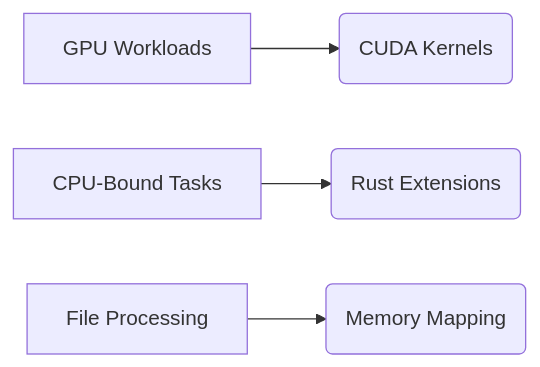
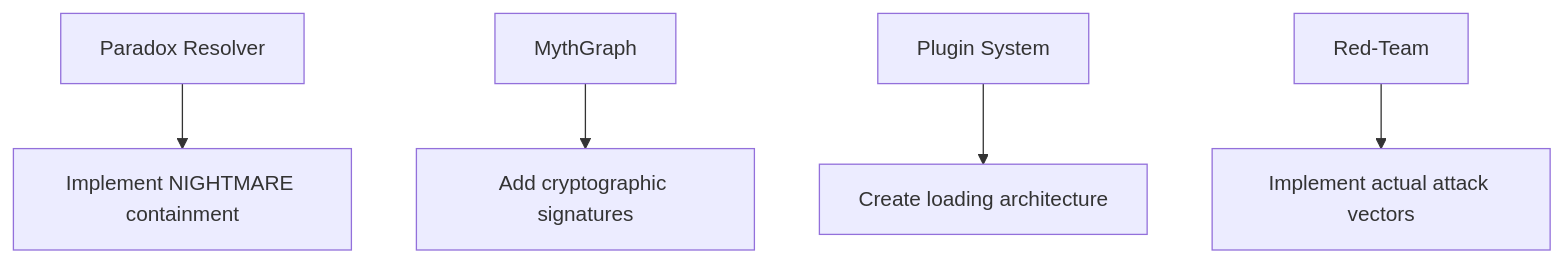
The diagram in Feedback from peers to take into account.md (Bigrob7605/Exo-Suit), drawn with Mermaid before and after one commit. The commit also changed other lines of this file and 8 other files, not shown here.

````diff
--- a/Feedback from peers to take into account.md
+++ b/Feedback from peers to take into account.md
@@ -499,6 +546,7 @@
-   ```mermaid
-   graph LR
-   A[GPU Workloads] --> B(CUDA Kernels)
-   C[CPU-Bound Tasks] --> D(Rust Extensions)
-   E[File Processing] --> F(Memory Mapping)
-   ```
+```mermaid
+graph TD
+    A[Paradox Resolver] --> B[Implement NIGHTMARE containment]
+    C[MythGraph] --> D[Add cryptographic signatures]
+    E[Plugin System] --> F[Create loading architecture]
+    G[Red-Team] --> H[Implement actual attack vectors]
+```
````
